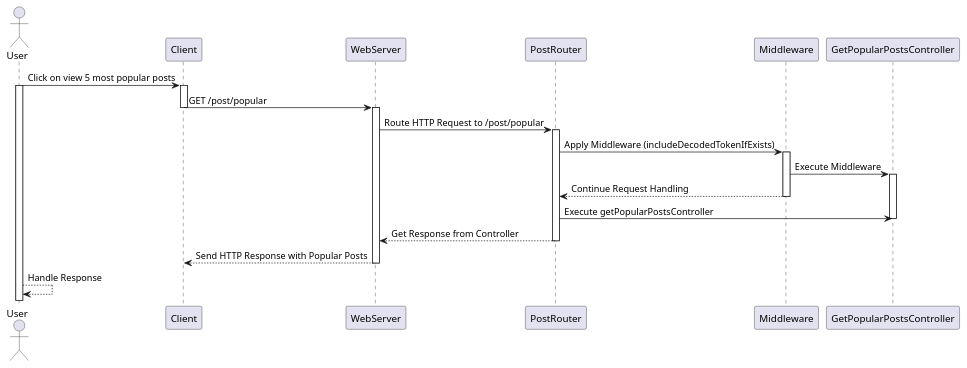
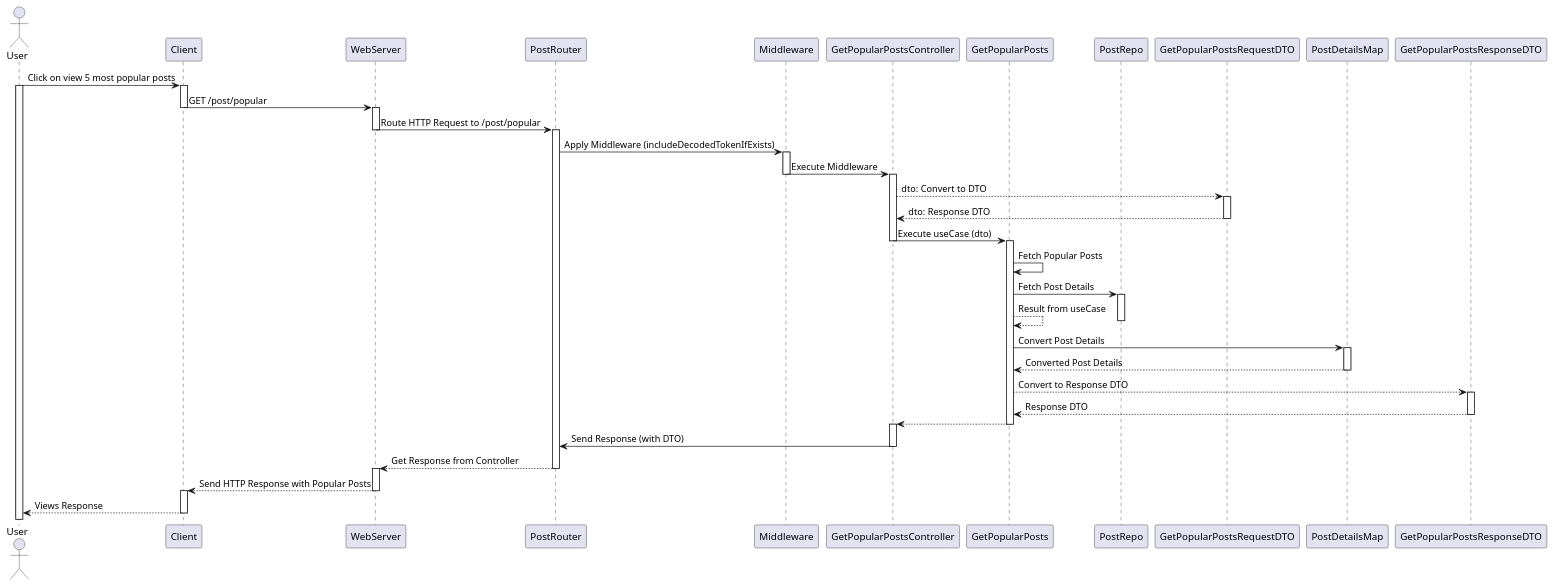
Before and after one commit to RuiRioPina/ddd-forum-odsoft: the diagram in docs/project/global-artifacts/Goal-PopularPosts/SD-PopularPosts.puml, drawn with PlantUML. The commit also changed 4 other files, not shown here.

Commit message:
#4 Added details about how the data is being retrieved, mainly DTO conversions, mappings and flow between Service, Controller and Repo

```diff
--- a/docs/project/global-artifacts/Goal-PopularPosts/SD-PopularPosts.puml
+++ b/docs/project/global-artifacts/Goal-PopularPosts/SD-PopularPosts.puml
@@ -1,37 +1,89 @@
 @startuml
 actor User
 participant Client
 participant WebServer
 participant PostRouter
 participant Middleware
 participant GetPopularPostsController
+participant GetPopularPosts
+participant PostRepo
+participant GetPopularPostsRequestDTO
+participant PostDetailsMap
+participant GetPopularPostsResponseDTO
+
+  
 
 User -> Client: Click on view 5 most popular posts
 activate User
 activate Client
 
 Client -> WebServer: GET /post/popular
 deactivate Client
 
 activate WebServer
 
+
 WebServer -> PostRouter: Route HTTP Request to /post/popular
+deactivate WebServer
+
 activate PostRouter
 
 PostRouter -> Middleware: Apply Middleware (includeDecodedTokenIfExists)
 activate Middleware
 Middleware -> GetPopularPostsController: Execute Middleware
+deactivate Middleware
 activate GetPopularPostsController
-Middleware --> PostRouter: Continue Request Handling
-deactivate Middleware
 
-PostRouter -> GetPopularPostsController: Execute getPopularPostsController
+GetPopularPostsController --> GetPopularPostsRequestDTO: dto: Convert to DTO
+activate GetPopularPostsRequestDTO
+GetPopularPostsRequestDTO --> GetPopularPostsController: dto: Response DTO
+deactivate GetPopularPostsRequestDTO
+
+GetPopularPostsController -> GetPopularPosts: Execute useCase (dto)
 deactivate GetPopularPostsController
+activate GetPopularPosts
+
+GetPopularPosts -> GetPopularPosts: Fetch Popular Posts
+
+
+GetPopularPosts -> PostRepo: Fetch Post Details
+activate PostRepo
+GetPopularPosts --> GetPopularPosts: Result from useCase
+deactivate PostRepo
+
+GetPopularPosts -> PostDetailsMap: Convert Post Details
+activate PostDetailsMap
+PostDetailsMap --> GetPopularPosts: Converted Post Details
+deactivate PostDetailsMap
+
+GetPopularPosts --> GetPopularPostsResponseDTO: Convert to Response DTO
+activate GetPopularPostsResponseDTO
+GetPopularPostsResponseDTO --> GetPopularPosts: Response DTO
+deactivate GetPopularPostsResponseDTO
+
+GetPopularPosts --> GetPopularPostsController
+
+deactivate GetPopularPosts
+activate GetPopularPostsController
+
+GetPopularPostsController -> PostRouter: Send Response (with DTO)
+deactivate GetPopularPostsController
+
+deactivate GetPopularPostsController
+
+deactivate GetPopularPosts
+
 PostRouter --> WebServer: Get Response from Controller
+deactivate GetPopularPostsController
+
 deactivate PostRouter
 
+activate WebServer
 WebServer --> Client: Send HTTP Response with Popular Posts
 deactivate WebServer
+
+activate Client
+Client --> User: Views Response
 deactivate Client
-User --> User: Handle Response
+
 @enduml
```
